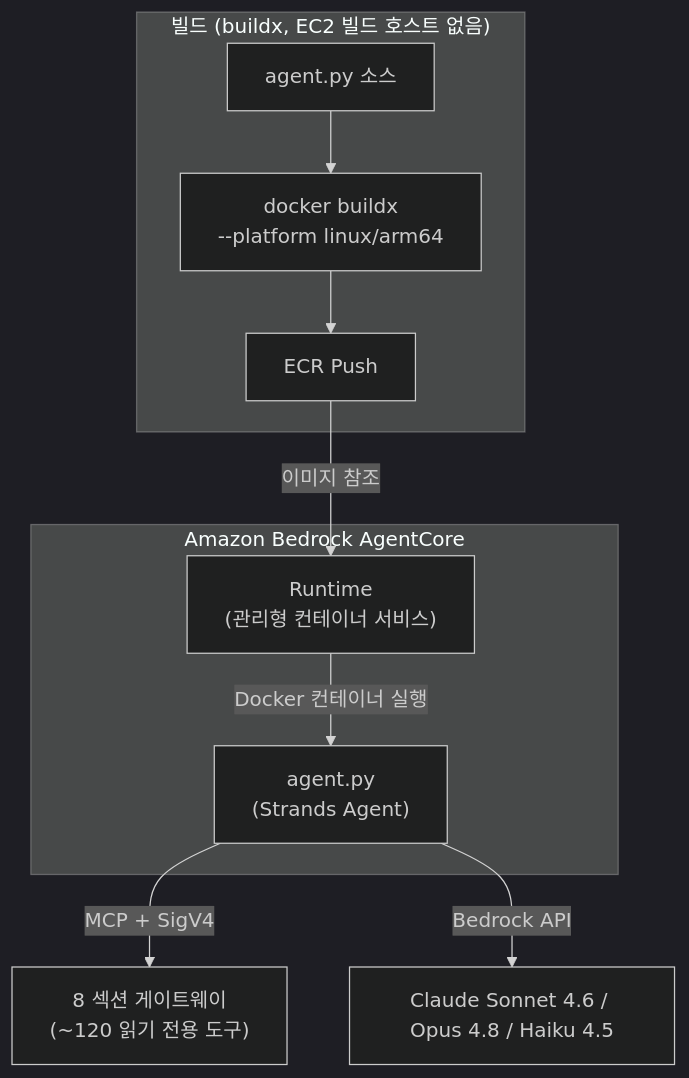
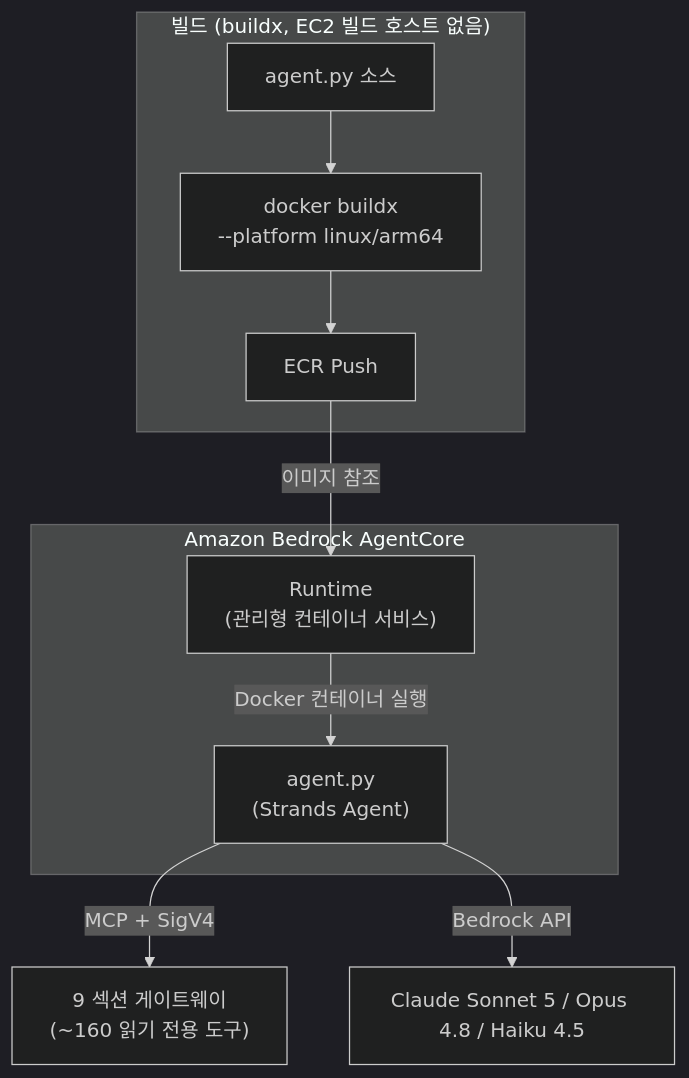
One commit to aws-samples/sample-awsops changed the second of 7 diagrams in docs-site/docs/faq/agentcore-memory.md. Above: the diagram before and after it, drawn with Mermaid (dark theme). The commit also changed other lines of this file and 1021 other files, not shown here.

````diff
--- a/docs-site/docs/faq/agentcore-memory.md
+++ b/docs-site/docs/faq/agentcore-memory.md
@@ -40,17 +40,17 @@
 ```mermaid
 flowchart TD
   subgraph AC["Amazon Bedrock AgentCore"]
     RT["Runtime<br/>(관리형 컨테이너 서비스)"]
     RT -->|"Docker 컨테이너 실행"| AGENT["agent.py<br/>(Strands Agent)"]
   end
 
   subgraph BUILD["빌드 (buildx, EC2 빌드 호스트 없음)"]
     SRC["agent.py 소스"] --> DOCKER["docker buildx<br/>--platform linux/arm64"]
     DOCKER --> ECR["ECR Push"]
   end
 
   ECR -->|"이미지 참조"| RT
 
-  AGENT -->|"MCP + SigV4"| GW["8 섹션 게이트웨이<br/>(~120 읽기 전용 도구)"]
-  AGENT -->|"Bedrock API"| MODEL["Claude Sonnet 4.6 / Opus 4.8 / Haiku 4.5"]
+  AGENT -->|"MCP + SigV4"| GW["9 섹션 게이트웨이<br/>(~160 읽기 전용 도구)"]
+  AGENT -->|"Bedrock API"| MODEL["Claude Sonnet 5 / Opus 4.8 / Haiku 4.5"]
 ```
````
